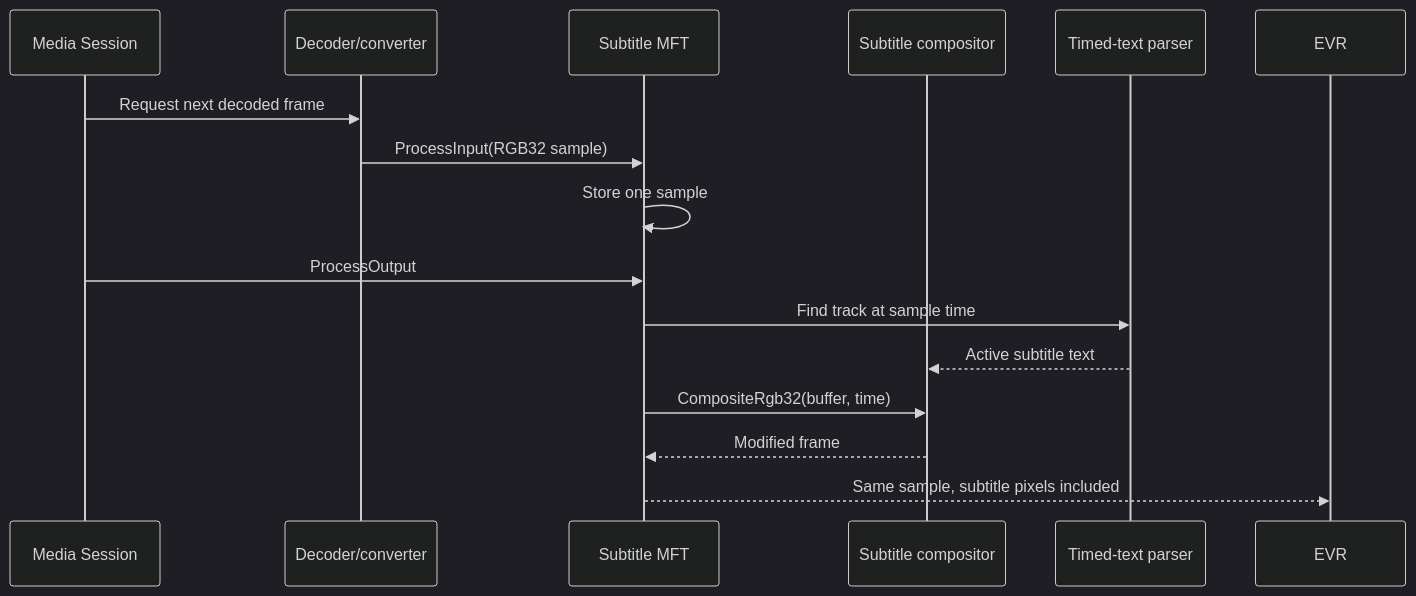
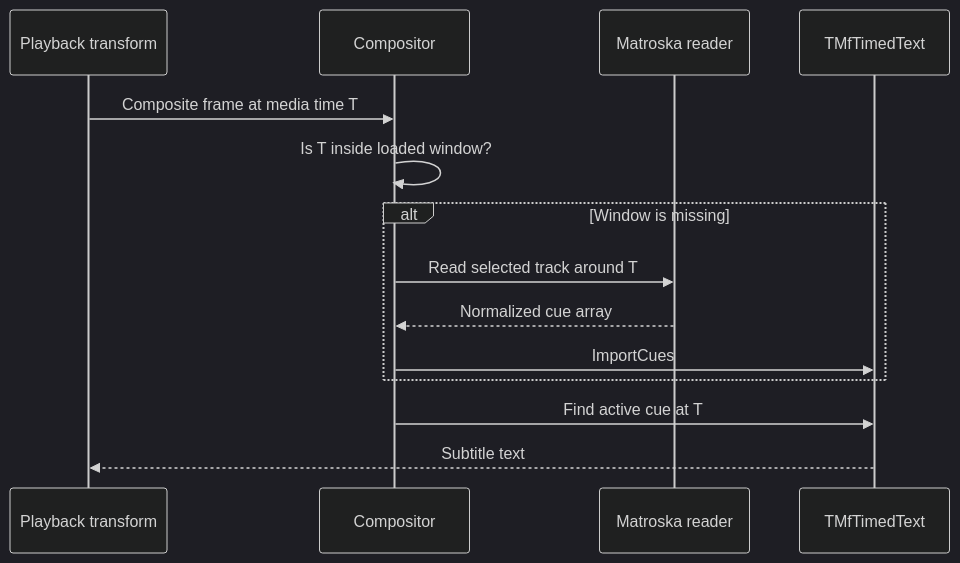
One commit to FactoryXCode/MfPack changed the third of 5 diagrams in MfPack/Samples/MfPlayer X2/Docs/MfPlayer_X2_Architecture_and_Chromecast.md. Above: the diagram before and after it, drawn with Mermaid (dark theme). The commit also changed other lines of this file and 26 other files, not shown here.

````diff
--- a/MfPack/Samples/MfPlayer X2/Docs/MfPlayer_X2_Architecture_and_Chromecast.md
+++ b/MfPack/Samples/MfPlayer X2/Docs/MfPlayer_X2_Architecture_and_Chromecast.md
@@ -419,19 +196,17 @@
 ```mermaid
 sequenceDiagram
-    participant Session as Media Session
-    participant Decoder as Decoder/converter
-    participant MFT as Subtitle MFT
-    participant Comp as Subtitle compositor
-    participant Text as Timed-text parser
-    participant EVR as EVR
+    participant MFT as Playback transform
+    participant Comp as Compositor
+    participant Reader as Matroska reader
+    participant Text as TMfTimedText
 
-    Session->>Decoder: Request next decoded frame
-    Decoder->>MFT: ProcessInput(RGB32 sample)
-    MFT->>MFT: Store one sample
-    Session->>MFT: ProcessOutput
-    MFT->>Text: Find track at sample time
-    Text-->>Comp: Active subtitle text
-    MFT->>Comp: CompositeRgb32(buffer, time)
-    Comp-->>MFT: Modified frame
-    MFT-->>EVR: Same sample, subtitle pixels included
+    MFT->>Comp: Composite frame at media time T
+    Comp->>Comp: Is T inside loaded window?
+    alt Window is missing
+        Comp->>Reader: Read selected track around T
+        Reader-->>Comp: Normalized cue array
+        Comp->>Text: ImportCues
+    end
+    Comp->>Text: Find active cue at T
+    Text-->>MFT: Subtitle text
 ```
````
